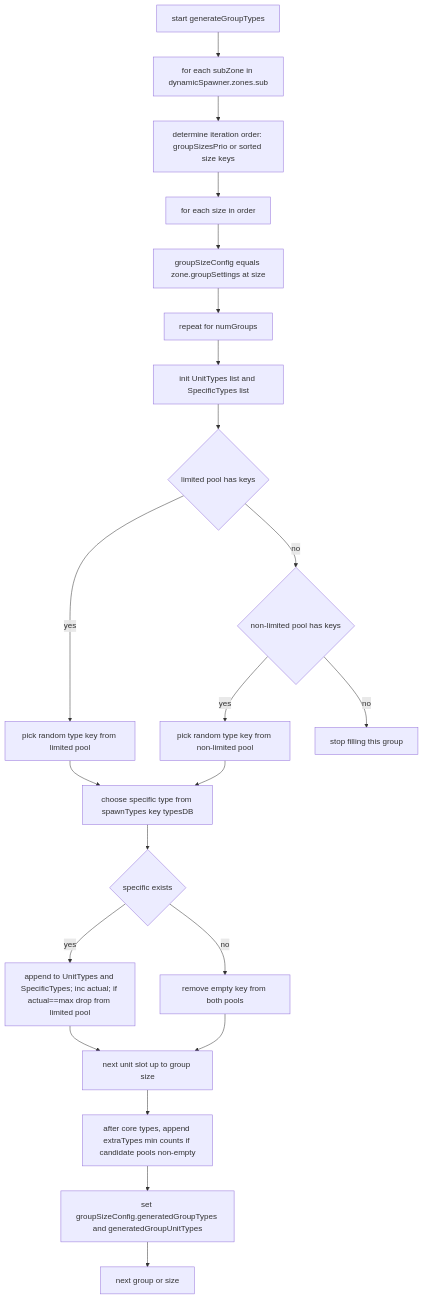
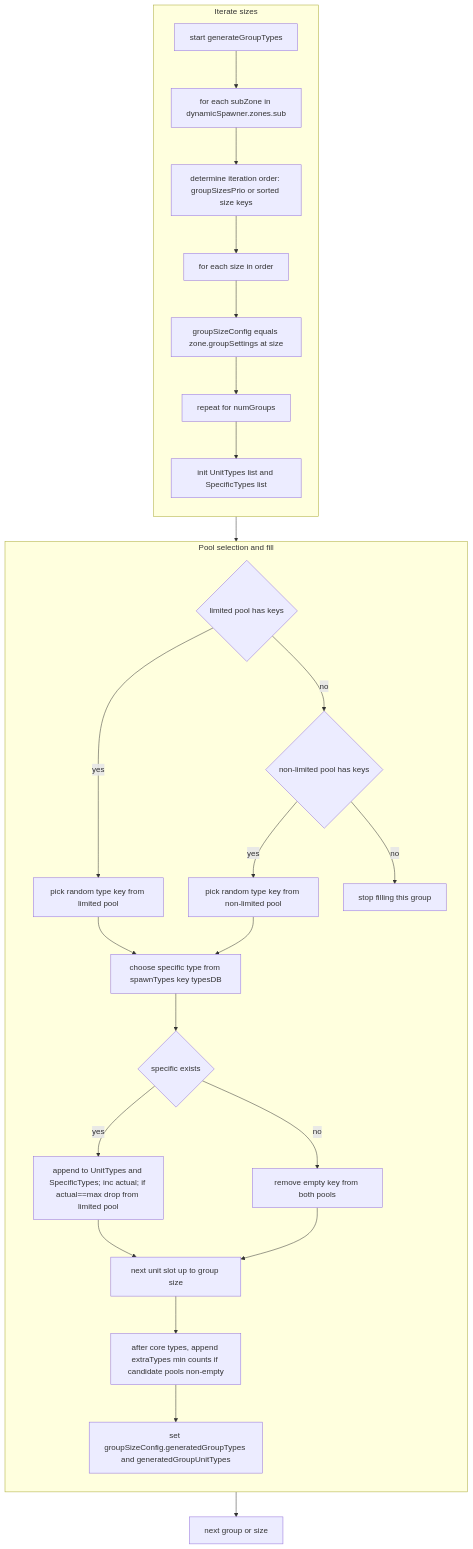
Before and after one commit to Gh0st352/AETHR: the second of 7 diagrams in docs/spawner/types_and_counts.md, drawn with Mermaid. The commit also changed other lines of this file and 9 other files, not shown here.

First line of the commit message:
docs(spawner, mermaid): restructure diagrams and clarify headings

````diff
--- a/docs/spawner/types_and_counts.md
+++ b/docs/spawner/types_and_counts.md
@@ -55,24 +72,38 @@
 ```mermaid
+%% shared theme: docs/_mermaid/theme.json %%
 flowchart TB
-  G0[start generateGroupTypes] --> Z0[for each subZone in dynamicSpawner.zones.sub]
-  Z0 --> O0[determine iteration order: groupSizesPrio or sorted size keys]
-  O0 --> L0[for each size in order]
-  L0 --> GS[groupSizeConfig equals zone.groupSettings at size]
-  GS --> L1[repeat for numGroups]
-  L1 --> L2[init UnitTypes list and SpecificTypes list]
-  L2 --> D0{limited pool has keys}
-  D0 -- yes --> P0[pick random type key from limited pool]
-  D0 -- no --> D1{non-limited pool has keys}
-  D1 -- yes --> P1[pick random type key from non-limited pool]
-  D1 -- no --> S1[stop filling this group]
-  P0 --> C1[choose specific type from spawnTypes key typesDB]
-  P1 --> C1
-  C1 --> C2{specific exists}
-  C2 -- yes --> APP[append to UnitTypes and SpecificTypes; inc actual; if actual==max drop from limited pool]
-  C2 -- no --> RM[remove empty key from both pools]
-  APP --> NXT[next unit slot up to group size]
-  RM --> NXT
-  NXT --> L3[after core types, append extraTypes min counts if candidate pools non-empty]
-  L3 --> SET[set groupSizeConfig.generatedGroupTypes and generatedGroupUnitTypes]
+  subgraph "Iterate sizes"
+    direction TB
+    G0[start generateGroupTypes] --> Z0[for each subZone in dynamicSpawner.zones.sub]
+    Z0 --> O0[determine iteration order: groupSizesPrio or sorted size keys]
+    O0 --> L0[for each size in order]
+    L0 --> GS[groupSizeConfig equals zone.groupSettings at size]
+    GS --> L1[repeat for numGroups]
+    L1 --> L2[init UnitTypes list and SpecificTypes list]
+  end
+
+  subgraph "Pool selection and fill"
+    direction TB
+    L2 --> D0{limited pool has keys}
+    D0 -- "yes" --> P0[pick random type key from limited pool]
+    D0 -- "no" --> D1{non-limited pool has keys}
+    D1 -- "yes" --> P1[pick random type key from non-limited pool]
+    D1 -- "no" --> S1[stop filling this group]
+    P0 --> C1[choose specific type from spawnTypes key typesDB]
+    P1 --> C1
+    C1 --> C2{specific exists}
+    C2 -- "yes" --> APP[append to UnitTypes and SpecificTypes; inc actual; if actual==max drop from limited pool]
+    C2 -- "no" --> RM[remove empty key from both pools]
+    APP --> NXT[next unit slot up to group size]
+    RM --> NXT
+    NXT --> L3[after core types, append extraTypes min counts if candidate pools non-empty]
+    L3 --> SET[set groupSizeConfig.generatedGroupTypes and generatedGroupUnitTypes]
+  end
+
   SET --> NEXTG[next group or size]
+
+  class G0 class_io;
+  class Z0,O0,L0,GS,L1,L2,P0,P1,C1,APP,RM,NXT,L3,SET,NEXTG class_step;
+  class D0,D1,C2 class_decision;
+  class S1 class_result;
 ```
````
